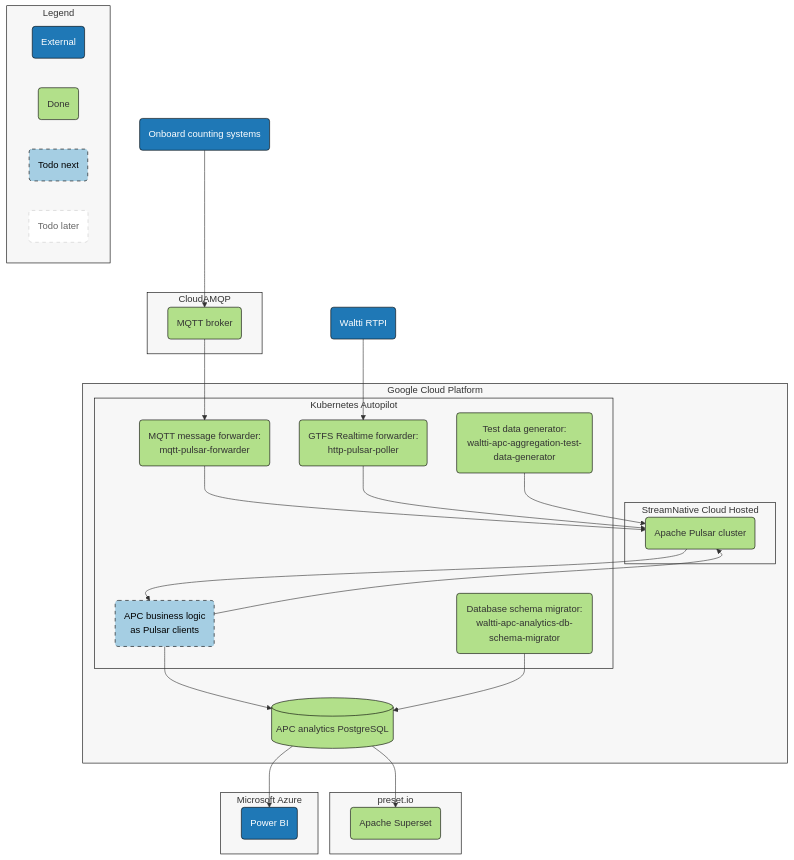
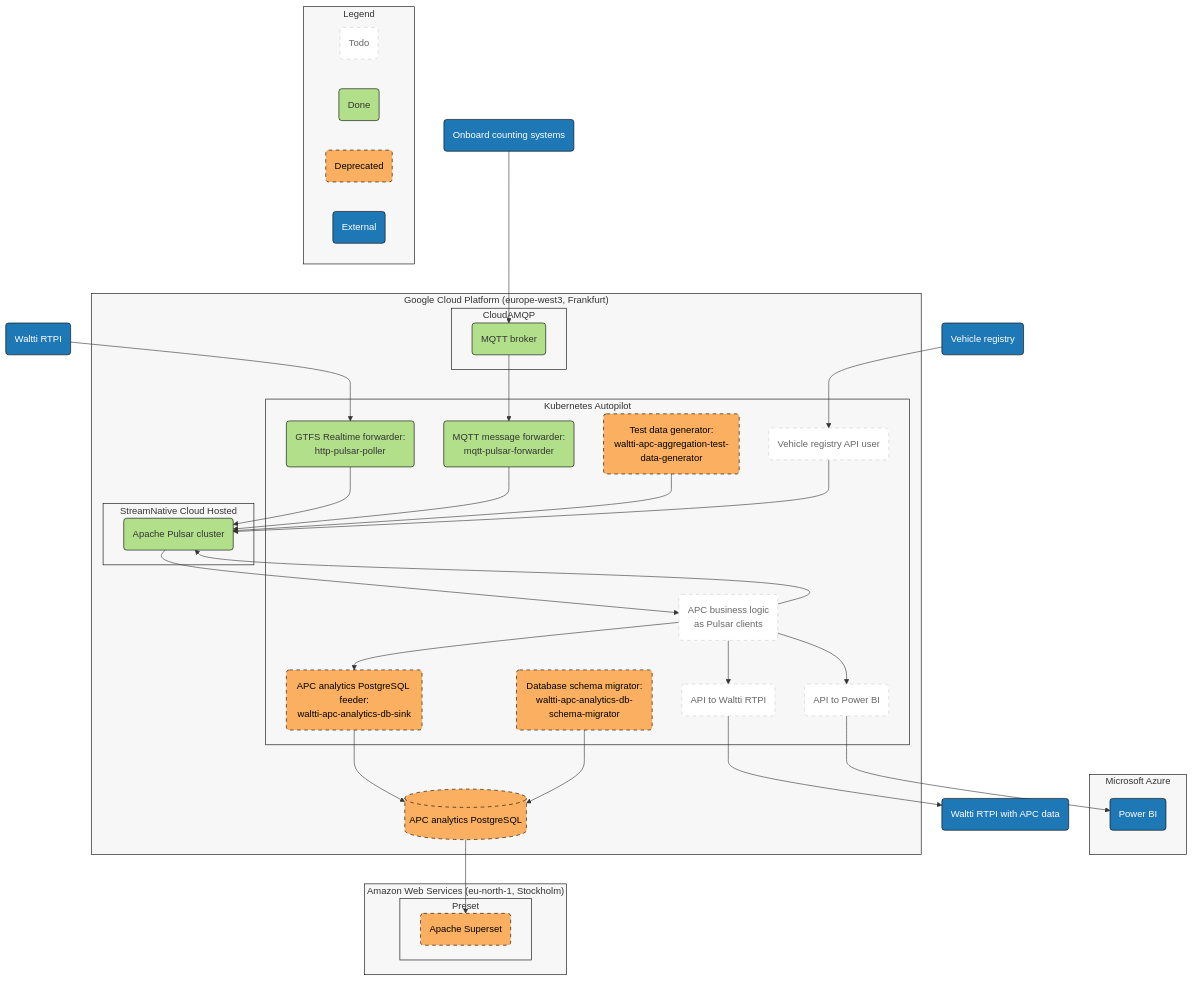
The first of 2 diagrams in README.md (tvv-lippu-ja-maksujarjestelma-oy/waltti-apc), drawn with Mermaid before and after one commit. The commit also changed other lines of this file, not shown here.

Commit message:
docs: Describe productized architecture

````diff
--- a/README.md
+++ b/README.md
@@ -11,88 +11,110 @@
 ```mermaid
 flowchart TB
+
   %% Nodes
 
-  rtpi("Waltti RTPI")
   onboard("Onboard counting systems")
-  subgraph cloudamqp["CloudAMQP"]
-    mqtt("MQTT broker")
+  rtpiinput("Waltti RTPI")
+  rtpioutput("Waltti RTPI with APC data")
+  vehicleregistry("Vehicle registry")
+  subgraph aws["Amazon Web Services (eu-north-1, Stockholm)"]
+    subgraph preset["Preset"]
+      superset("Apache Superset")
+    end
   end
-  subgraph gcp["Google Cloud Platform"]
+  subgraph azure["Microsoft Azure"]
+    powerbi("Power BI")
+  end
+  subgraph gcp["Google Cloud Platform (europe-west3, Frankfurt)"]
+    db[("APC analytics PostgreSQL")]
+    subgraph cloudamqp["CloudAMQP"]
+      mqtt("MQTT broker")
+    end
+    subgraph kubernetes["Kubernetes Autopilot"]
+      apitodb("APC analytics PostgreSQL feeder:<br/>waltti-apc-analytics-db-sink")
+      apitopowerbi("API to Power BI")
+      apitortpioutput("API to Waltti RTPI")
+      dbschemamigrator("Database schema migrator:<br/>waltti-apc-analytics-db-schema-migrator")
+      httppulsarpoller("GTFS Realtime forwarder:<br/>http-pulsar-poller")
+      mqttpulsarforwarder("MQTT message forwarder:<br/>mqtt-pulsar-forwarder")
+      pulsarclients("APC business logic<br/>as Pulsar clients")
+      testdatagenerator("Test data generator:<br/>waltti-apc-aggregation-test-data-generator")
+      vehicleregistryapiuser("Vehicle registry API user")
+    end
     subgraph streamnative["StreamNative Cloud Hosted"]
       pulsar("Apache Pulsar cluster")
     end
-    subgraph kubernetes["Kubernetes Autopilot"]
-      mqttpulsarforwarder("MQTT message forwarder:<br/>mqtt-pulsar-forwarder")
-      httppulsarpoller("GTFS Realtime forwarder:<br/>http-pulsar-poller")
-      testdatagenerator("Test data generator:<br/>waltti-apc-aggregation-test-data-generator")
-      pulsarclients("APC business logic<br/>as Pulsar clients")
-      dbschemamigrator("Database schema migrator:<br/>waltti-apc-analytics-db-schema-migrator")
-    end
-    db[("APC analytics PostgreSQL")]
-  end
-  subgraph preset ["preset.io"]
-    superset("Apache Superset")
-  end
-  subgraph azure ["Microsoft Azure"]
-    powerbi("Power BI")
   end
 
   %% Edges
 
-  onboard --> mqtt
+  apitodb --> db
+  apitopowerbi --> powerbi
+  apitortpioutput --> rtpioutput
+  db --> superset
+  dbschemamigrator --> db
+  httppulsarpoller --> pulsar
   mqtt --> mqttpulsarforwarder
   mqttpulsarforwarder --> pulsar
-  rtpi --> httppulsarpoller
-  httppulsarpoller --> pulsar
+  onboard --> mqtt
+  pulsar --> pulsarclients
+  pulsarclients --> apitodb
+  pulsarclients --> apitopowerbi
+  pulsarclients --> apitortpioutput
+  pulsarclients --> pulsar
+  rtpiinput --> httppulsarpoller
   testdatagenerator --> pulsar
-  pulsarclients --> pulsar
-  pulsar --> pulsarclients
-  pulsarclients --> db
-  dbschemamigrator --> db
-  db --> powerbi
-  db --> superset
+  vehicleregistry --> vehicleregistryapiuser
+  vehicleregistryapiuser --> pulsar
 
   %% Styling
 
+  classDef deprecated fill:#fbaf60,stroke:#000,stroke-width:1px,color:#000,stroke-dasharray: 6 6
+  class apitodb deprecated
+  class db deprecated
+  class dbschemamigrator deprecated
+  class superset deprecated
+  class testdatagenerator deprecated
+
+  classDef done fill:#b2e08a,stroke:#000
+  class httppulsarpoller done
+  class mqtt done
+  class mqttpulsarforwarder done
+  class pulsar done
+
   classDef env fill:#f7f7f7,stroke:#000
+  class aws env
+  class azure env
+  class cloudamqp env
   class gcp env
   class kubernetes env
+  class preset env
   class streamnative env
-  class cloudamqp env
-  class azure env
-  class preset env
 
   classDef external fill:#1f78b6,stroke:#000,color:#fff
   class onboard external
-  class rtpi external
   class powerbi external
+  class rtpiinput external
+  class rtpioutput external
+  class vehicleregistry external
 
-  classDef done fill:#b2e08a,stroke:#000
-  class mqtt done
-  class pulsar done
-  class mqttpulsarforwarder done
-  class superset done
-  class dbschemamigrator done
-  class testdatagenerator done
-  class db done
-  class httppulsarpoller done
+  classDef todo fill:#fff,stroke:#ccc,stroke-width:1px,color:#666,stroke-dasharray: 6 6
+  class apitopowerbi todo
+  class apitortpioutput todo
+  class pulsarclients todo
+  class vehicleregistryapiuser todo
 
-  classDef later fill:#fff,stroke:#ccc,stroke-width:1px,color:#666,stroke-dasharray: 6 6
-
-  classDef next fill:#a5cee3,stroke:#000,stroke-width:1px,color:#000,stroke-dasharray: 6 6
-  class pulsarclients next
-
-  %% Legend
+   %% Legend
 
   subgraph legend["Legend"]
+    legendtodo("Todo")
+    legenddone("Done")
+    legenddeprecated("Deprecated")
     legendexternal("External")
-    legenddone("Done")
-    legendnext("Todo next")
-    legendlater("Todo later")
   end
   class legend env
+  class legenddeprecated deprecated
+  class legenddone done
   class legendexternal external
-  class legenddone done
-  class legendnext next
-  class legendlater later
+  class legendtodo todo
 ```
````
